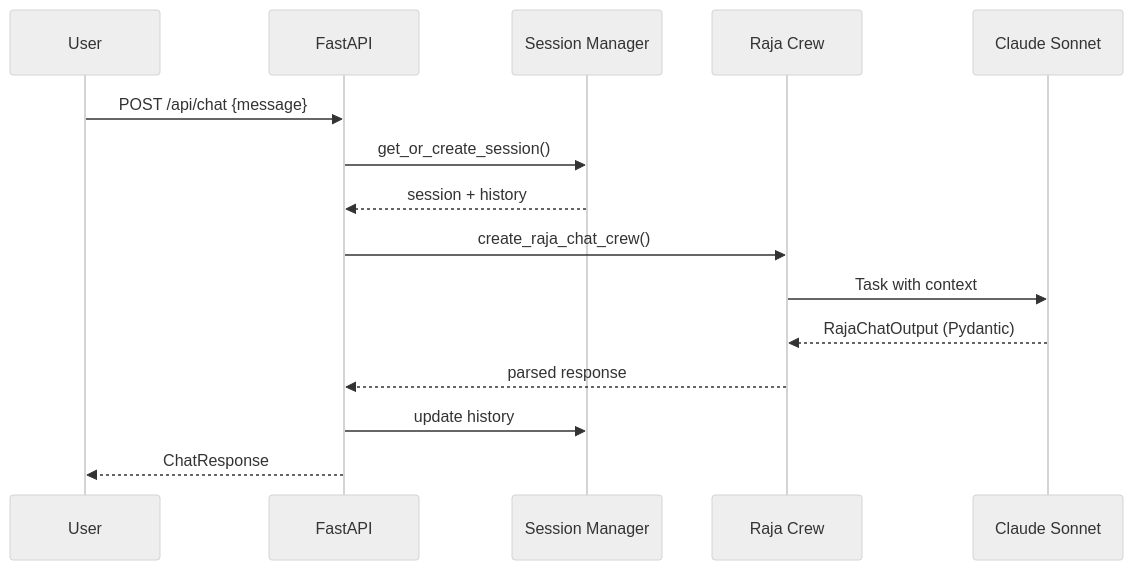
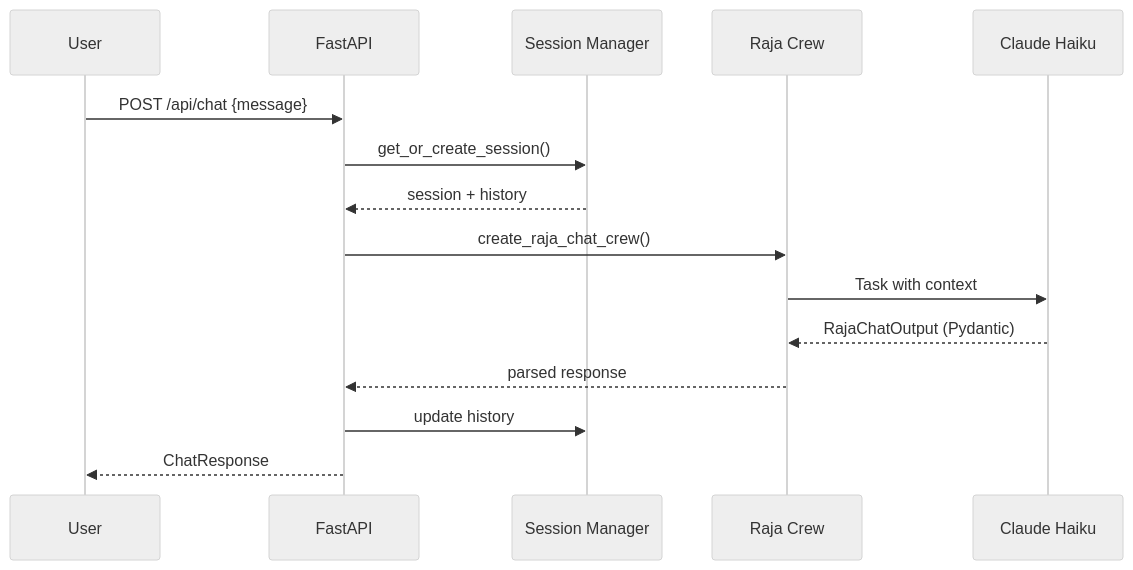
The sixth of 8 diagrams in docs/CRASH-COURSE.md (darth-dodo/cocktail-cache), drawn with Mermaid (neutral theme) before and after one commit. The commit also changed other lines of this file and 4 other files, not shown here.

````diff
--- a/docs/CRASH-COURSE.md
+++ b/docs/CRASH-COURSE.md
@@ -724,18 +736,18 @@
 ```mermaid
 sequenceDiagram
     participant U as User
     participant API as FastAPI
     participant SM as Session Manager
     participant RC as Raja Crew
-    participant LLM as Claude Sonnet
+    participant LLM as Claude Haiku
 
     U->>API: POST /api/chat {message}
     API->>SM: get_or_create_session()
     SM-->>API: session + history
     API->>RC: create_raja_chat_crew()
     RC->>LLM: Task with context
     LLM-->>RC: RajaChatOutput (Pydantic)
     RC-->>API: parsed response
     API->>SM: update history
     API-->>U: ChatResponse
 ```
````
